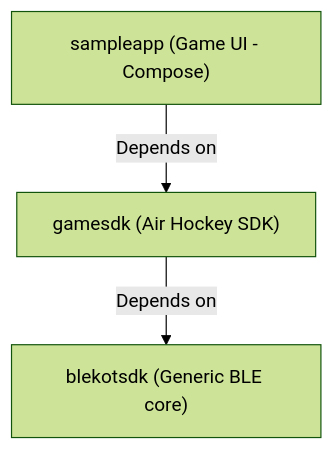
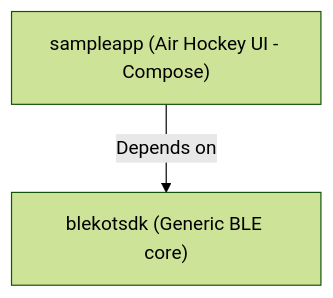
Before and after one commit to geek-kartik/blue-hock: the first of 3 diagrams in README.md, drawn with Mermaid (forest theme). The commit also changed other lines of this file and 36 other files, not shown here.

````diff
--- a/README.md
+++ b/README.md
@@ -13,5 +12,4 @@
 ```mermaid
 graph TD
-    A["sampleapp (Game UI - Compose)"] -->|"Depends on"| B["gamesdk (Air Hockey SDK)"]
-    B -->|"Depends on"| C["blekotsdk (Generic BLE core)"]
+    A["sampleapp (Air Hockey UI - Compose)"] -->|"Depends on"| B["blekotsdk (Generic BLE core)"]
 ```
````
